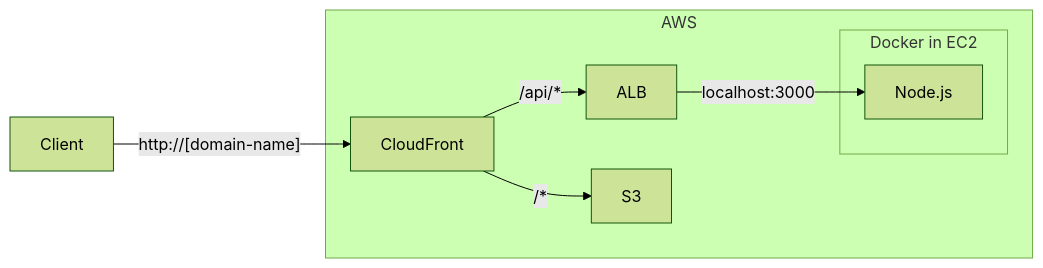
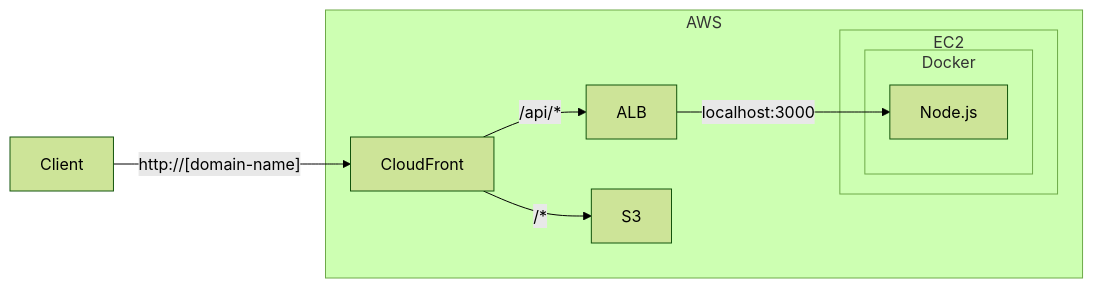
The diagram in content/docs/infra/5. AWS: S3, IAM.md (skkuding/cookbook), drawn with Mermaid (forest theme) before and after one commit. The commit also changed other lines of this file and 4 other files, not shown here.

````diff
--- a/content/docs/infra/5. AWS: S3, IAM.md
+++ b/content/docs/infra/5. AWS: S3, IAM.md
@@ -66,12 +66,14 @@
 ```mermaid
 flowchart LR
   subgraph AWS
-    subgraph Docker in EC2
-       Node.js
+    subgraph EC2
+       subgraph Docker
+         Node.js
+       end
     end
     ALB -- localhost:3000 --> Node.js
     CloudFront -- /api/* --> ALB
     CloudFront -- /* --> S3
   end
   Client -- http://[domain-name] --> CloudFront
 ```
````
